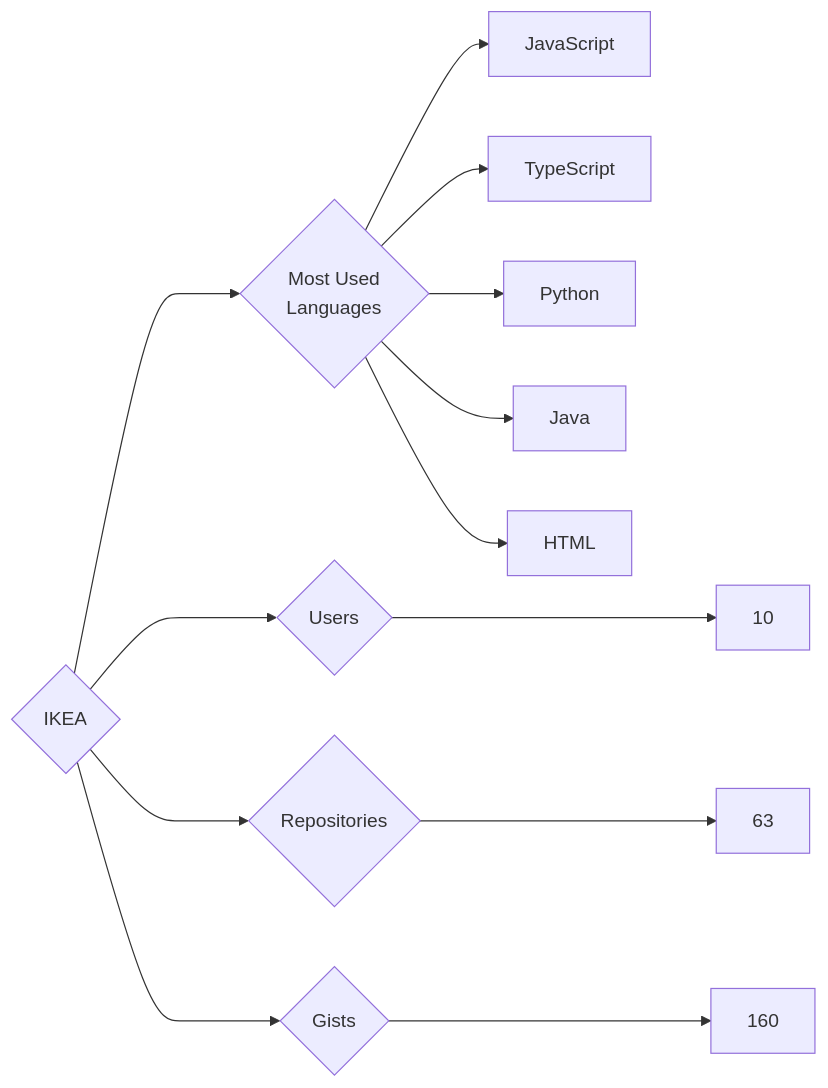
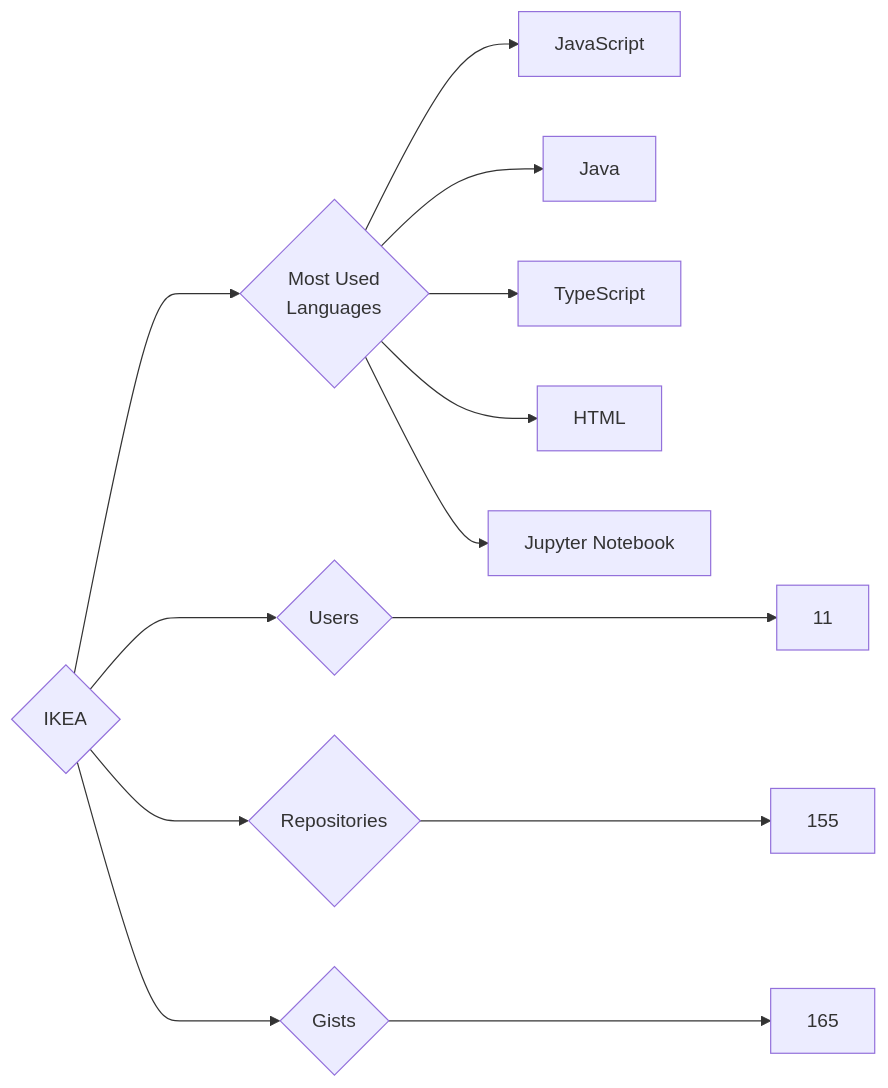
One commit to trickest/insiders changed the diagram in targets/IKEA/README.md. Above: the diagram before and after it, drawn with Mermaid. The commit also changed 934 other files, not shown here.

````diff
--- a/targets/IKEA/README.md
+++ b/targets/IKEA/README.md
@@ -3,13 +3,13 @@
 ```mermaid
 graph LR
 COMPANY_NAME{IKEA}
-COMPANY_NAME ---> U{Users} ---> UN[10]
-COMPANY_NAME ---> R{Repositories} ---> RN[63]
-COMPANY_NAME ---> G{Gists} ---> GN[160]
+COMPANY_NAME ---> U{Users} ---> UN[11]
+COMPANY_NAME ---> R{Repositories} ---> RN[155]
+COMPANY_NAME ---> G{Gists} ---> GN[165]
 COMPANY_NAME ---> ML{Most Used<br>Languages}
 ML --> JavaScript[JavaScript]
+ML --> Java[Java]
 ML --> TypeScript[TypeScript]
-ML --> Python[Python]
-ML --> Java[Java]
 ML --> HTML[HTML]
+ML --> Jupyter_Notebook[Jupyter Notebook]
 ```
````
